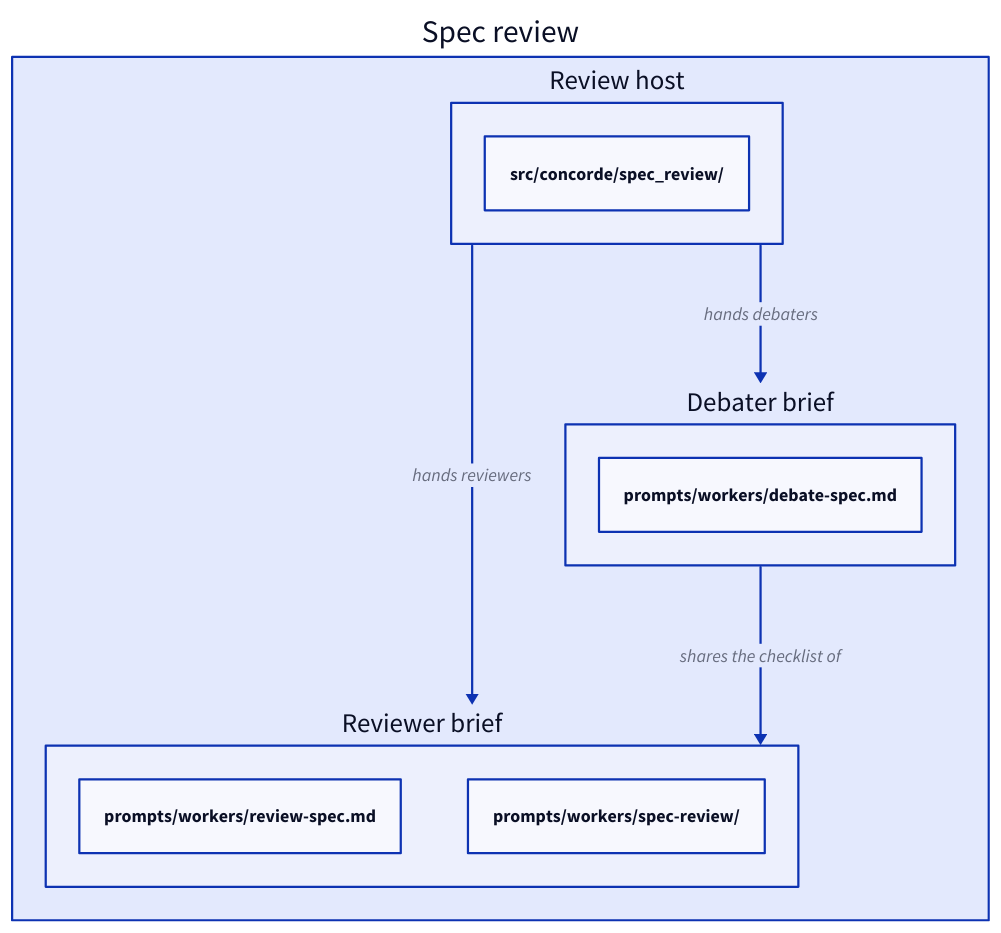
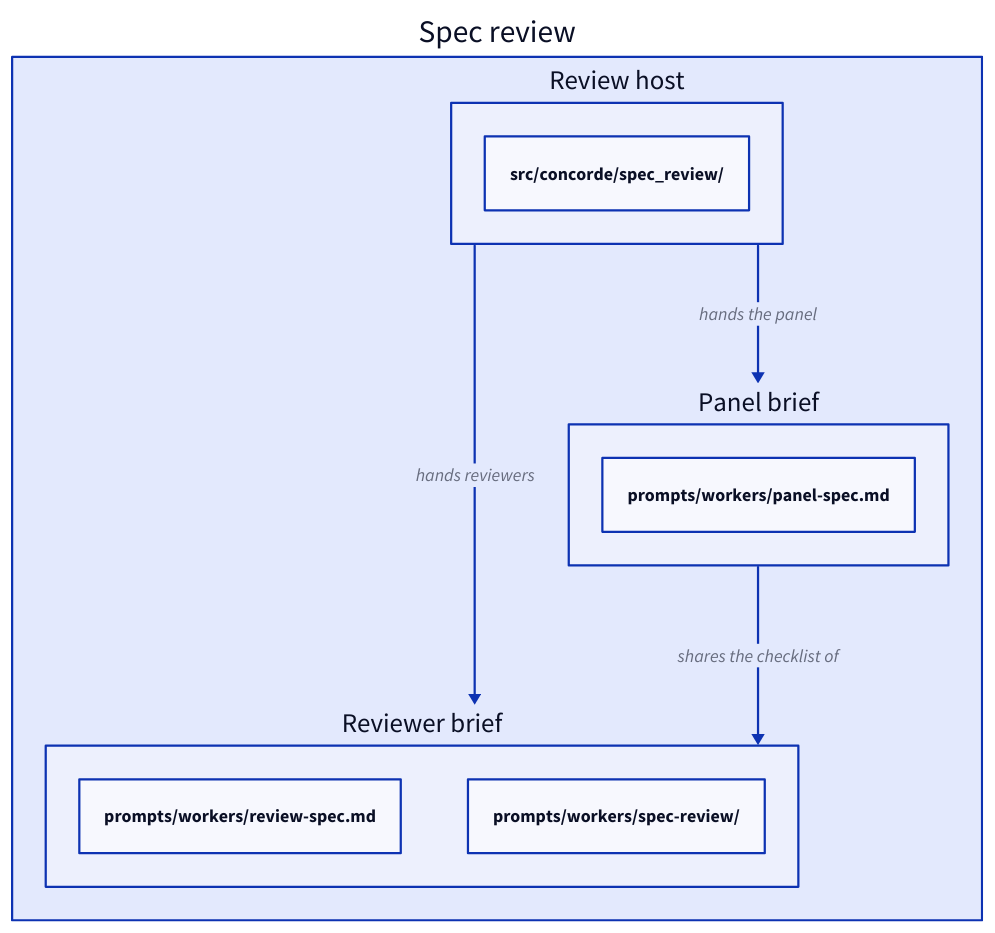
One commit to FTOD/concorde changed the first of 2 diagrams in specs/concorde/spec-tooling/spec-review/module.md. Above: the diagram before and after it, drawn with D2. The commit also changed other lines of this file and 16 other files, not shown here.

First line of the commit message:
Replace the Spec debate with a Spec panel

````diff
--- a/specs/concorde/spec-tooling/spec-review/module.md
+++ b/specs/concorde/spec-tooling/spec-review/module.md
@@ -125,17 +124,17 @@
 ```d2
 review: Spec review {
   host: Review host {
     "src/concorde/spec_review/"
   }
   checklist: Reviewer brief {
     "prompts/workers/review-spec.md"
     "prompts/workers/spec-review/"
   }
-  debater: Debater brief {
-    "prompts/workers/debate-spec.md"
+  panel: Panel brief {
+    "prompts/workers/panel-spec.md"
   }
   host -> checklist: hands reviewers
-  host -> debater: hands debaters
-  debater -> checklist: shares the checklist of
+  host -> panel: hands the panel
+  panel -> checklist: shares the checklist of
 }
 ```
````
